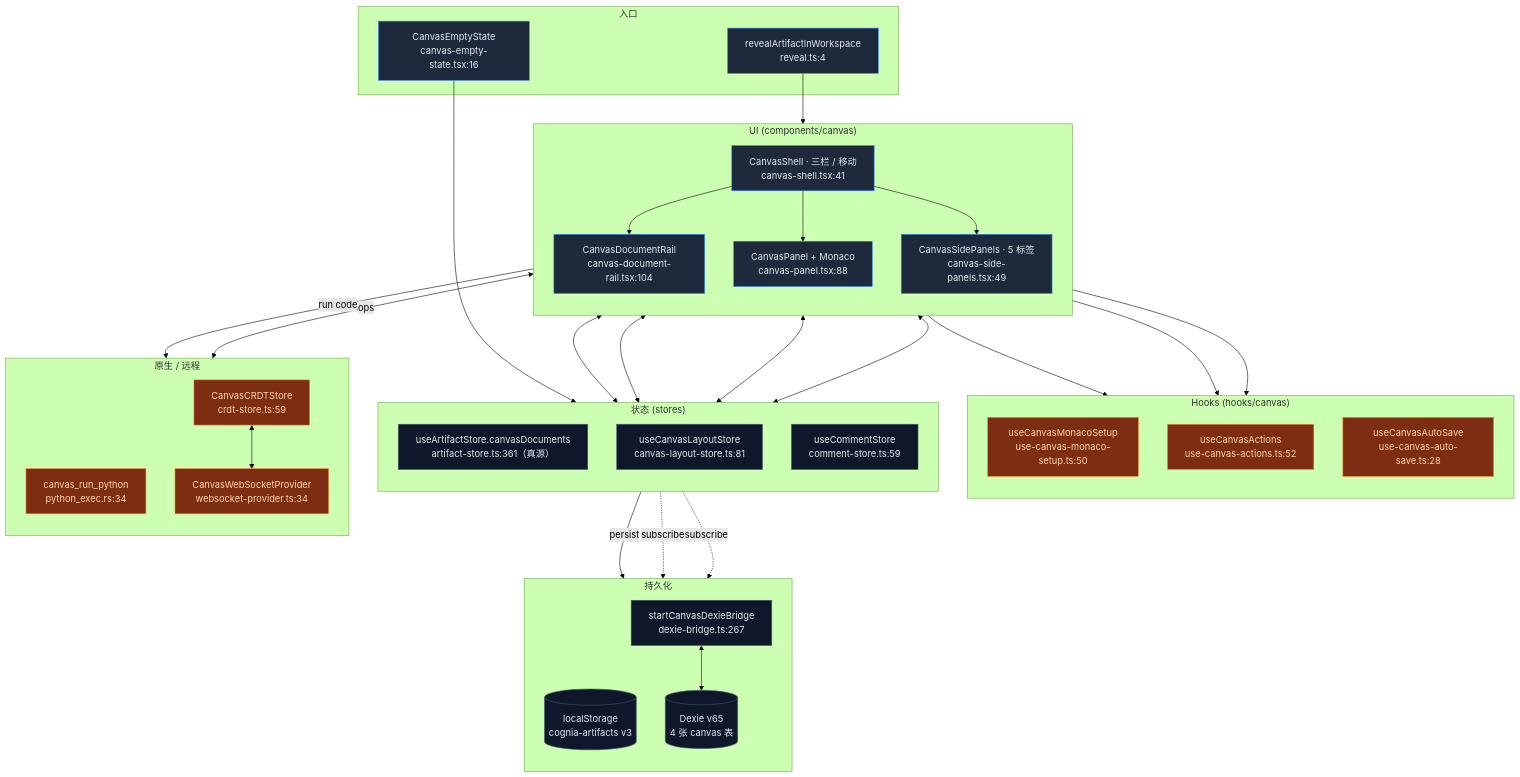
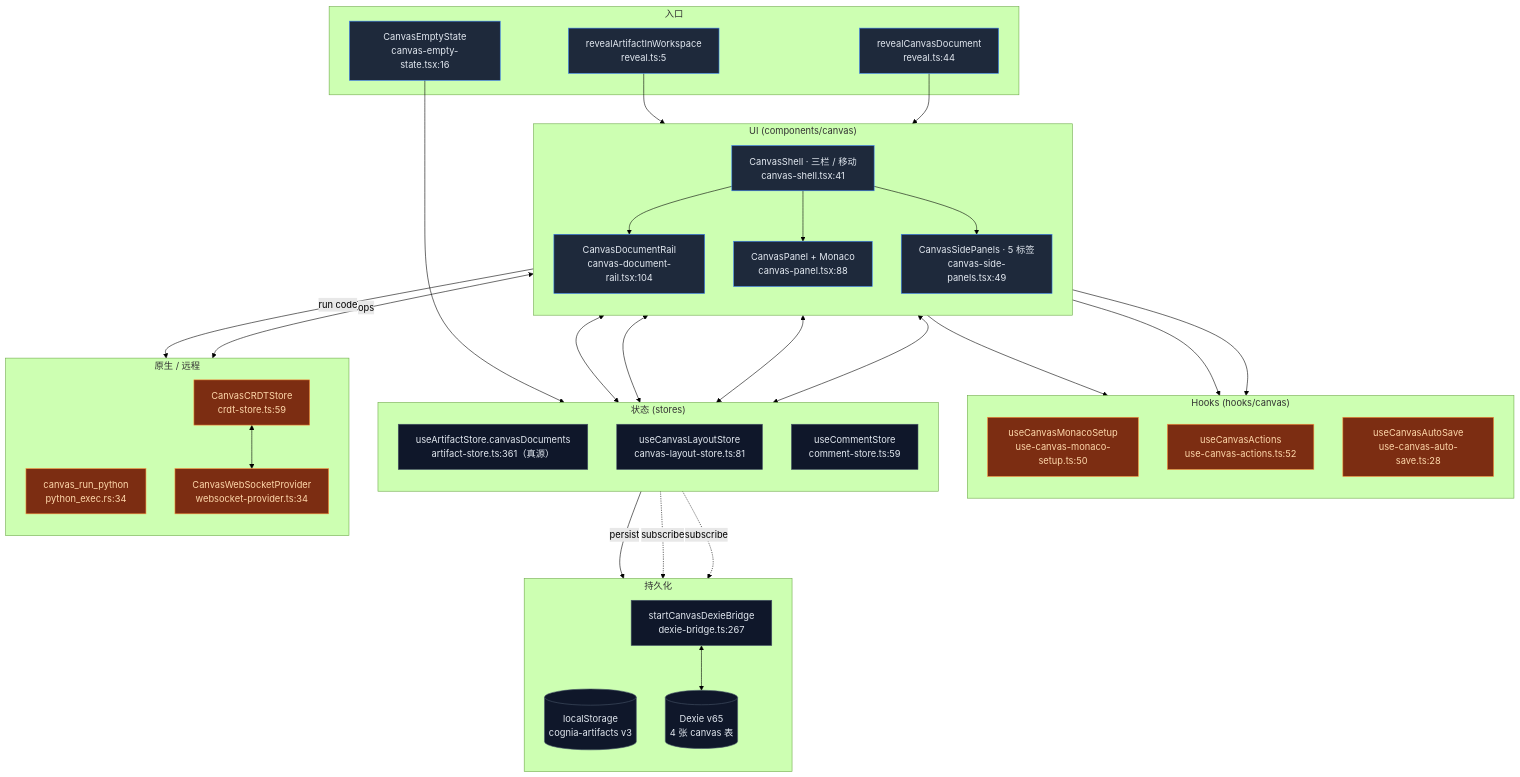
The first of 2 diagrams in docs/content/docs/zh/subsystems/canvas/index.mdx (MaxQian888/cognia-next), drawn with Mermaid (forest theme) before and after one commit. The commit also changed other lines of this file and 10 other files, not shown here.

First line of the commit message:
fix(canvas): reveal the document instead of linking at a route that never existed

````diff
--- a/docs/content/docs/zh/subsystems/canvas/index.mdx
+++ b/docs/content/docs/zh/subsystems/canvas/index.mdx
@@ -62,68 +65,70 @@
 ```mermaid
 flowchart TB
   subgraph IN["入口"]
-    REVEAL["revealArtifactInWorkspace<br/>reveal.ts:4"]
+    REVEAL["revealArtifactInWorkspace<br/>reveal.ts:5"]
+    REVEALDOC["revealCanvasDocument<br/>reveal.ts:44"]
     EMPTY["CanvasEmptyState<br/>canvas-empty-state.tsx:16"]
   end
 
   subgraph UI["UI (components/canvas)"]
     direction TB
     SHELL["CanvasShell · 三栏 / 移动<br/>canvas-shell.tsx:41"]
     RAIL["CanvasDocumentRail<br/>canvas-document-rail.tsx:104"]
     PANEL["CanvasPanel + Monaco<br/>canvas-panel.tsx:88"]
     SIDE["CanvasSidePanels · 5 标签<br/>canvas-side-panels.tsx:49"]
   end
 
   subgraph HOOKS["Hooks (hooks/canvas)"]
     direction TB
     SETUP["useCanvasMonacoSetup<br/>use-canvas-monaco-setup.ts:50"]
     ACT["useCanvasActions<br/>use-canvas-actions.ts:52"]
     AUTOSAVE["useCanvasAutoSave<br/>use-canvas-auto-save.ts:28"]
   end
 
   subgraph STATE["状态 (stores)"]
     direction TB
     ART["useArtifactStore.canvasDocuments<br/>artifact-store.ts:361（真源）"]
     LAYOUT["useCanvasLayoutStore<br/>canvas-layout-store.ts:81"]
     CMT["useCommentStore<br/>comment-store.ts:59"]
   end
 
   subgraph PERSIST["持久化"]
     direction TB
     LS[("localStorage<br/>cognia-artifacts v3")]
     BRIDGE["startCanvasDexieBridge<br/>dexie-bridge.ts:267"]
     DEX[("Dexie v65<br/>4 张 canvas 表")]
   end
 
   subgraph NATIVE["原生 / 远程"]
     direction TB
     PY["canvas_run_python<br/>python_exec.rs:34"]
     CRDT["CanvasCRDTStore<br/>crdt-store.ts:59"]
     WS["CanvasWebSocketProvider<br/>websocket-provider.ts:34"]
   end
 
   REVEAL --> SHELL
+  REVEALDOC --> SHELL
   EMPTY --> ART
   SHELL --> RAIL & PANEL & SIDE
   PANEL --> SETUP
   PANEL --> ACT
   PANEL --> AUTOSAVE
   RAIL <--> ART
   PANEL <--> ART
   SIDE <--> CMT
   SIDE <--> LAYOUT
   ART -- persist --> LS
   ART -. subscribe .-> BRIDGE
   CMT -. subscribe .-> BRIDGE
   BRIDGE <--> DEX
   SIDE -- run code --> PY
   PANEL <-- ops --> CRDT
   CRDT <--> WS
 
   classDef state fill:#0f172a,stroke:#475569,color:#e2e8f0
   classDef ui fill:#1e293b,stroke:#3b82f6,color:#e2e8f0
   classDef native fill:#7c2d12,stroke:#fb923c,color:#fed7aa
   class ART,LAYOUT,CMT,LS,DEX,BRIDGE state
-  class SHELL,RAIL,PANEL,SIDE,REVEAL,EMPTY ui
+  class SHELL,RAIL,PANEL,SIDE,REVEAL,REVEALDOC,EMPTY ui
   class PY,CRDT,WS,SETUP,ACT,AUTOSAVE native
 ```
````
